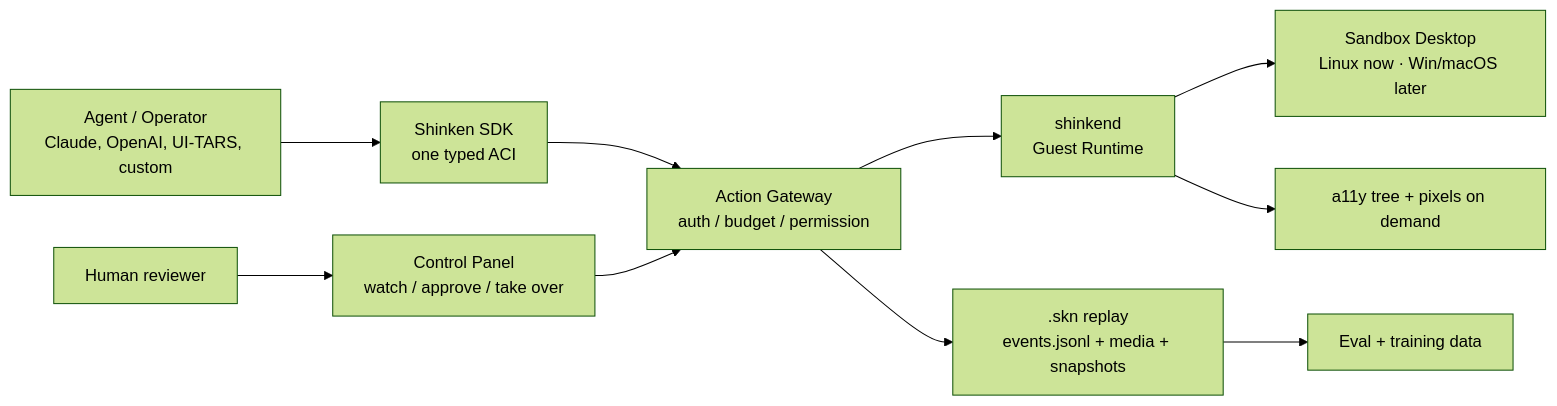
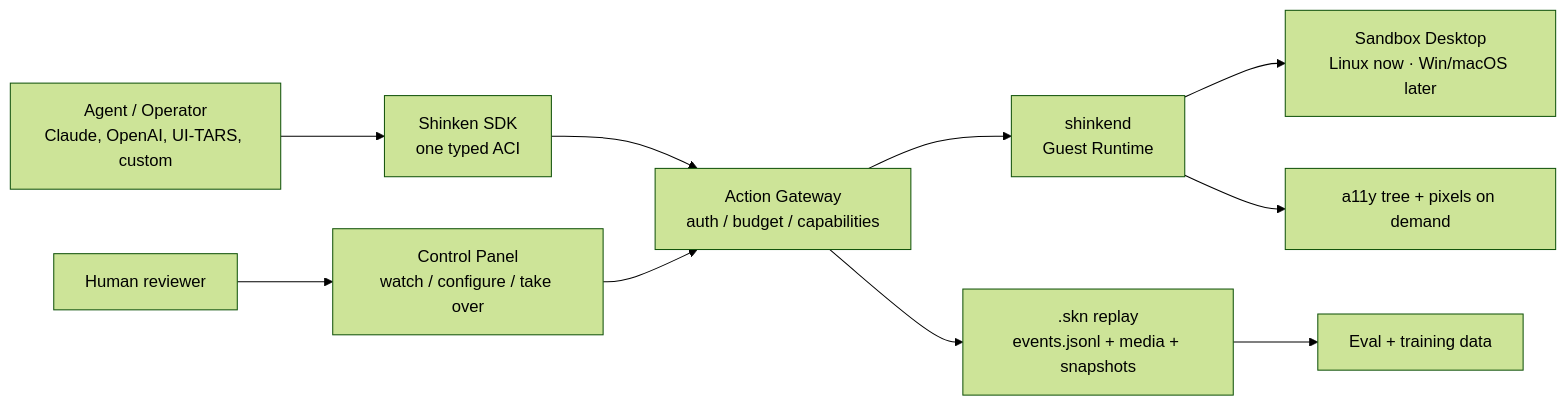
Before and after one commit to Meirtz/Shinken: the first of 3 diagrams in README.md, drawn with Mermaid (forest theme). The commit also changed other lines of this file and 12 other files, not shown here.

````diff
--- a/README.md
+++ b/README.md
@@ -42,12 +42,12 @@
 ```mermaid
 flowchart LR
   Agent["Agent / Operator<br/>Claude, OpenAI, UI-TARS, custom"] --> SDK["Shinken SDK<br/>one typed ACI"]
-  SDK --> GW["Action Gateway<br/>auth / budget / permission"]
+  SDK --> GW["Action Gateway<br/>auth / budget / capabilities"]
   GW --> SK["shinkend<br/>Guest Runtime"]
   SK --> Desktop["Sandbox Desktop<br/>Linux now · Win/macOS later"]
   SK --> Obs["a11y tree + pixels on demand"]
   GW --> Replay[".skn replay<br/>events.jsonl + media + snapshots"]
-  Human["Human reviewer"] --> Panel["Control Panel<br/>watch / approve / take over"]
+  Human["Human reviewer"] --> Panel["Control Panel<br/>watch / configure / take over"]
   Panel --> GW
   Replay --> Eval["Eval + training data"]
 ```
````
